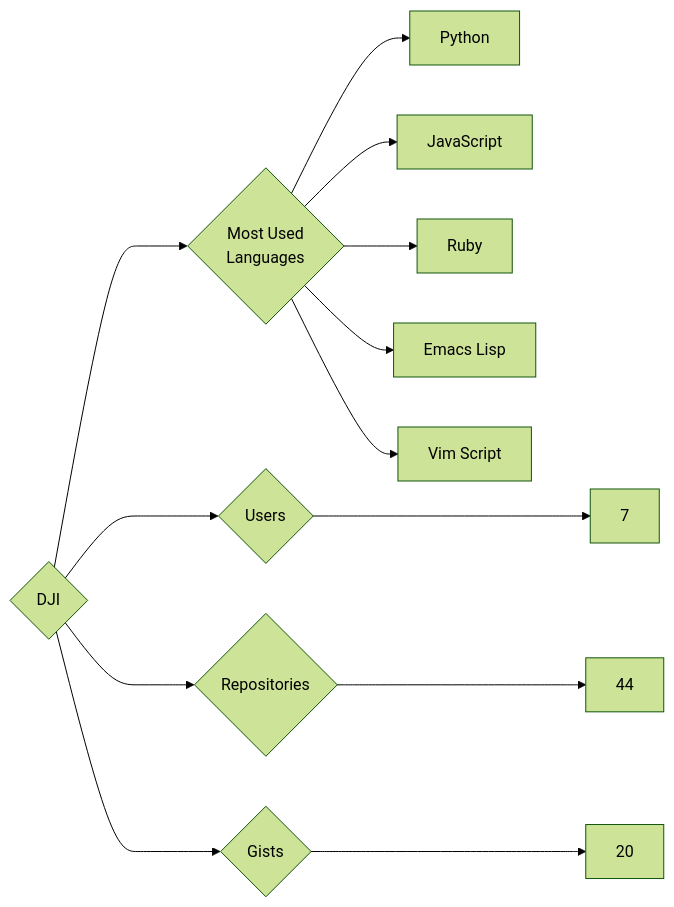
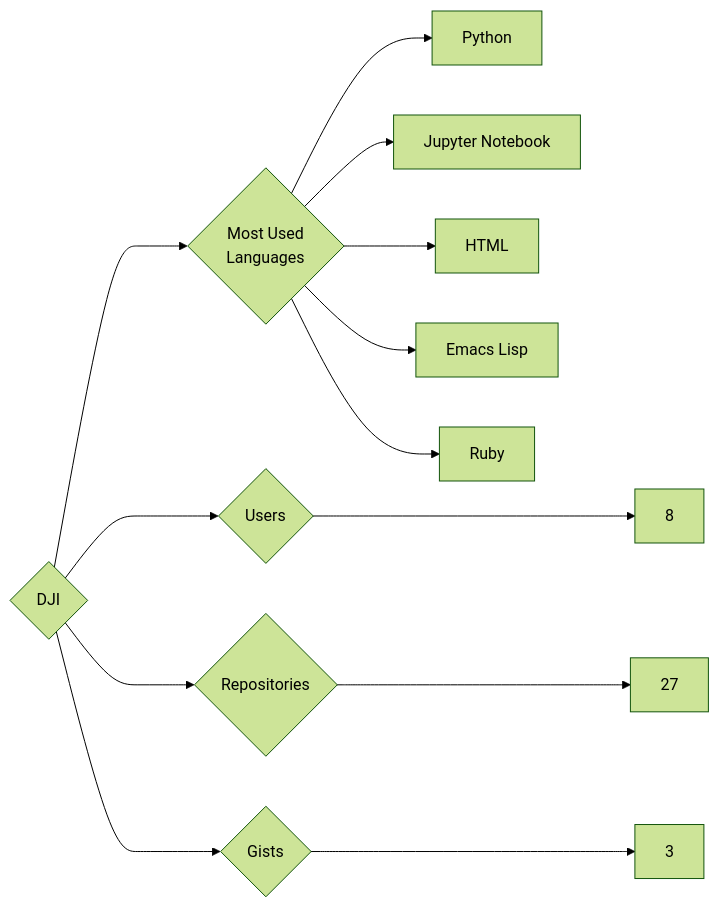
Before and after one commit to trickest/insiders: the diagram in targets/DJI/README.md, drawn with Mermaid (forest theme). The commit also changed 1055 other files, not shown here.

````diff
--- a/targets/DJI/README.md
+++ b/targets/DJI/README.md
@@ -3,13 +3,13 @@
 ```mermaid
 graph LR
 COMPANY_NAME{DJI}
-COMPANY_NAME ---> U{Users} ---> UN[7]
-COMPANY_NAME ---> R{Repositories} ---> RN[44]
-COMPANY_NAME ---> G{Gists} ---> GN[20]
+COMPANY_NAME ---> U{Users} ---> UN[8]
+COMPANY_NAME ---> R{Repositories} ---> RN[27]
+COMPANY_NAME ---> G{Gists} ---> GN[3]
 COMPANY_NAME ---> ML{Most Used<br>Languages}
 ML --> Python[Python]
-ML --> JavaScript[JavaScript]
+ML --> Jupyter_Notebook[Jupyter Notebook]
+ML --> HTML[HTML]
+ML --> Emacs_Lisp[Emacs Lisp]
 ML --> Ruby[Ruby]
-ML --> Emacs_Lisp[Emacs Lisp]
-ML --> Vim_Script[Vim Script]
 ```
````
